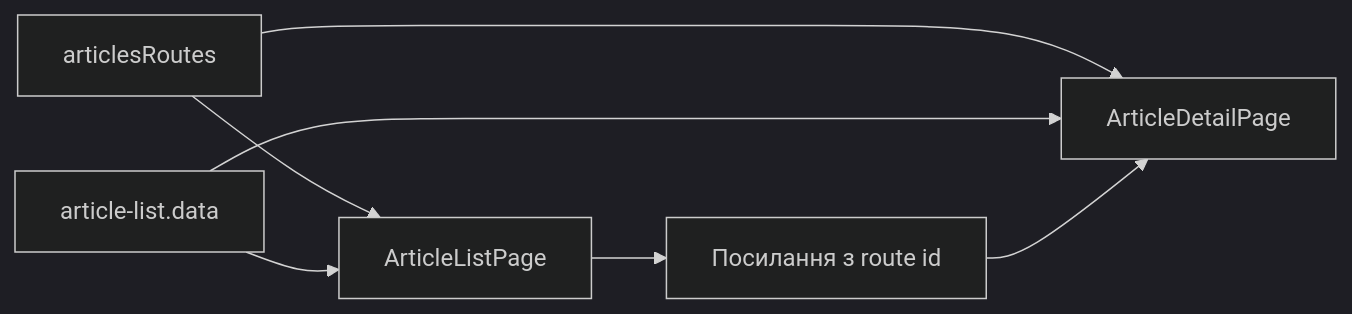
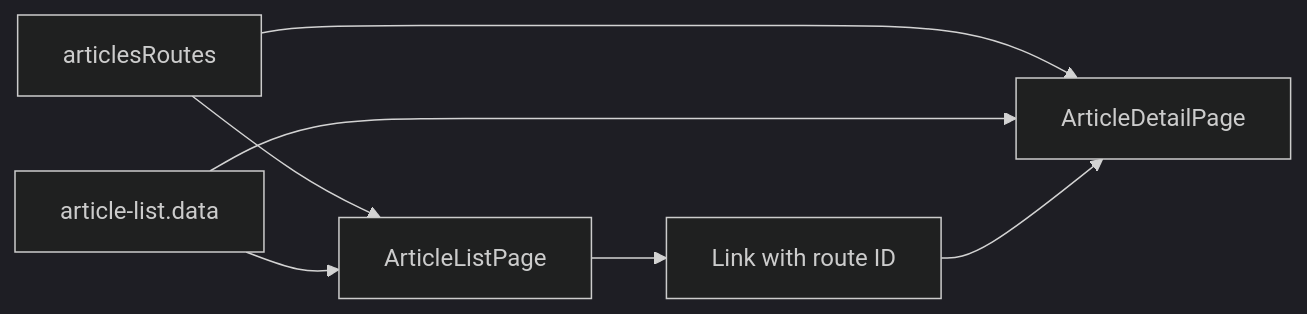
One commit to Weretik/kedr-web changed the diagram in docs/features/storefront/content/articles.md. Above: the diagram before and after it, drawn with Mermaid (dark theme). The commit also changed other lines of this file and 95 other files, not shown here.

Commit message:
docs(frontend): reconcile architecture and feature guidance

````diff
--- a/docs/features/storefront/content/articles.md
+++ b/docs/features/storefront/content/articles.md
@@ -10,9 +10,9 @@
 ```mermaid
 flowchart LR
 Routes["articlesRoutes"] --> List["ArticleListPage"]
 Routes --> Detail["ArticleDetailPage"]
 Data["article-list.data"] --> List
 Data --> Detail
-List --> Link["Посилання з route id"]
+List --> Link["Link with route ID"]
 Link --> Detail
 ```
````
